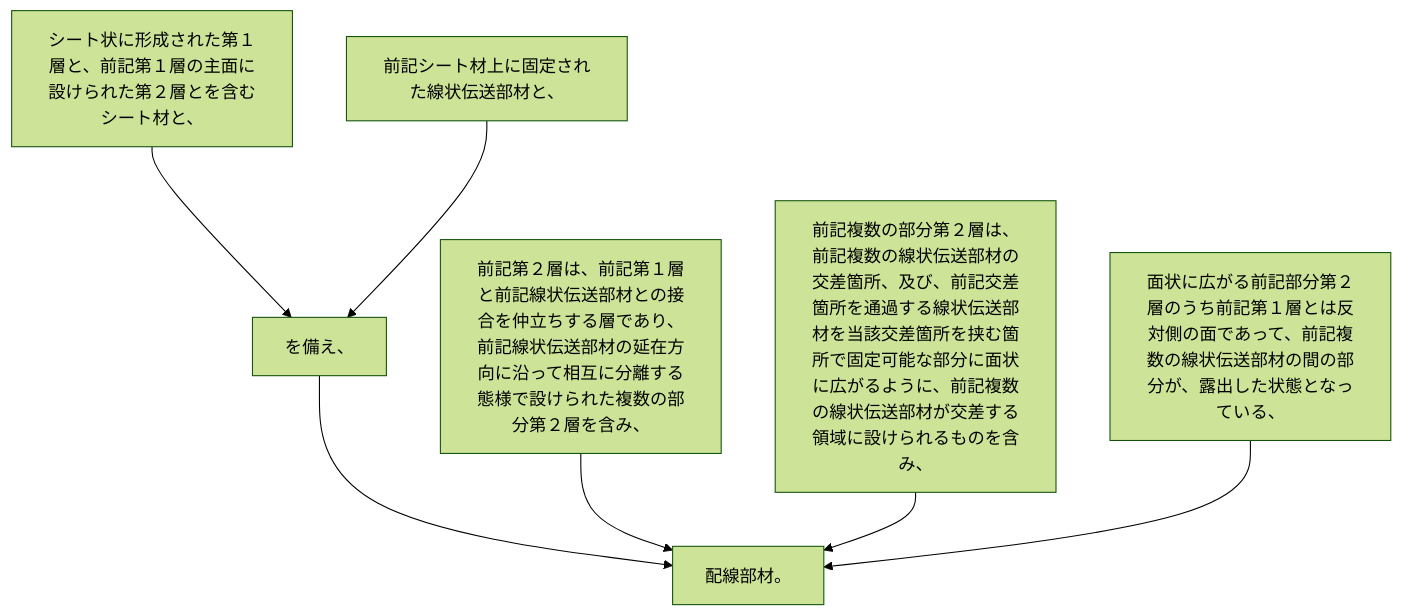
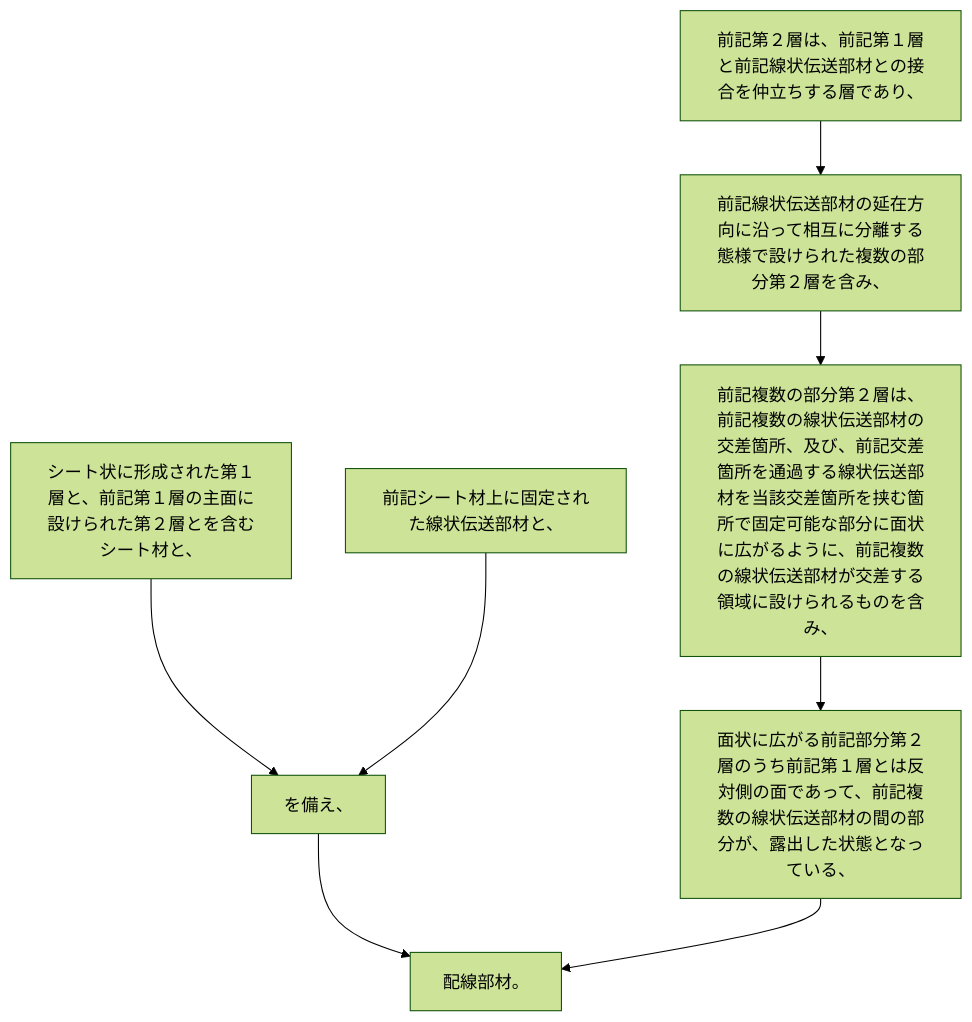
One commit to shinmori55/patent_analyzed changed the diagram in 2024/JP2024001238A/claim_4/README.md. Above: the diagram before and after it, drawn with Mermaid (forest theme). The commit also changed 25 other files, not shown here.

````diff
--- a/2024/JP2024001238A/claim_4/README.md
+++ b/2024/JP2024001238A/claim_4/README.md
@@ -7,16 +7,18 @@
 ```mermaid
 flowchart TD
 A[シート状に形成された第１層と、前記第１層の主面に設けられた第２層とを含むシート材と、]
 B[前記シート材上に固定された線状伝送部材と、]
 C[を備え、]
-D[前記第２層は、前記第１層と前記線状伝送部材との接合を仲立ちする層であり、前記線状伝送部材の延在方向に沿って相互に分離する態様で設けられた複数の部分第２層を含み、]
-E[前記複数の部分第２層は、前記複数の線状伝送部材の交差箇所、及び、前記交差箇所を通過する線状伝送部材を当該交差箇所を挟む箇所で固定可能な部分に面状に広がるように、前記複数の線状伝送部材が交差する領域に設けられるものを含み、]
-F[面状に広がる前記部分第２層のうち前記第１層とは反対側の面であって、前記複数の線状伝送部材の間の部分が、露出した状態となっている、]
-G[配線部材。]
+D[前記第２層は、前記第１層と前記線状伝送部材との接合を仲立ちする層であり、]
+E[前記線状伝送部材の延在方向に沿って相互に分離する態様で設けられた複数の部分第２層を含み、]
+F[前記複数の部分第２層は、前記複数の線状伝送部材の交差箇所、及び、前記交差箇所を通過する線状伝送部材を当該交差箇所を挟む箇所で固定可能な部分に面状に広がるように、前記複数の線状伝送部材が交差する領域に設けられるものを含み、]
+G[面状に広がる前記部分第２層のうち前記第１層とは反対側の面であって、前記複数の線状伝送部材の間の部分が、露出した状態となっている、]
+H[配線部材。]
 A --> C
 B --> C
-C --> G
-D --> G
-E --> G
+C --> H
+D --> E
+E --> F
 F --> G
+G --> H
 ```
````
